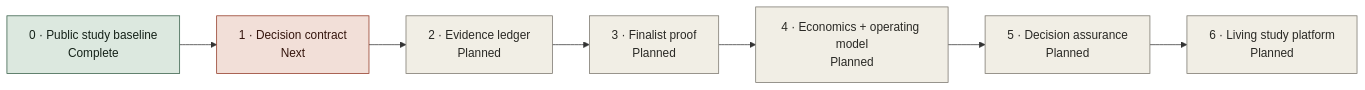
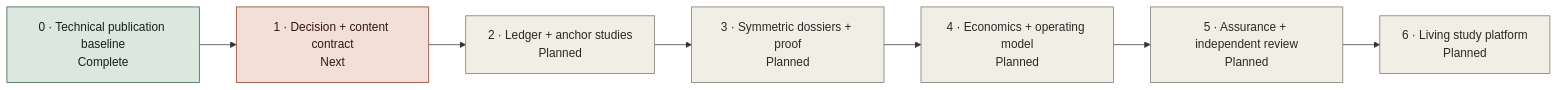
The diagram in docs/39-repository-roadmap.md (tomqwu/apim), drawn with Mermaid before and after one commit. The commit also changed other lines of this file and 8 other files, not shown here.

````diff
--- a/docs/39-repository-roadmap.md
+++ b/docs/39-repository-roadmap.md
@@ -31,10 +34,10 @@
 ```mermaid
 flowchart LR
-  P0["0 · Public study baseline<br/>Complete"] --> P1["1 · Decision contract<br/>Next"] --> P2["2 · Evidence ledger<br/>Planned"] --> P3["3 · Finalist proof<br/>Planned"] --> P4["4 · Economics + operating model<br/>Planned"] --> P5["5 · Decision assurance<br/>Planned"] --> P6["6 · Living study platform<br/>Planned"]
+  P0["0 · Technical publication baseline<br/>Complete"] --> P1["1 · Decision + content contract<br/>Next"] --> P2["2 · Ledger + anchor studies<br/>Planned"] --> P3["3 · Symmetric dossiers + proof<br/>Planned"] --> P4["4 · Economics + operating model<br/>Planned"] --> P5["5 · Assurance + independent review<br/>Planned"] --> P6["6 · Living study platform<br/>Planned"]
   classDef complete fill:#dce8df,stroke:#315a43,color:#152219
   classDef next fill:#f2dfd8,stroke:#8f341f,color:#35150d
   classDef planned fill:#f1eee5,stroke:#77736a,color:#2a2925
   class P0 complete
   class P1 next
   class P2,P3,P4,P5,P6 planned
 ```
````
